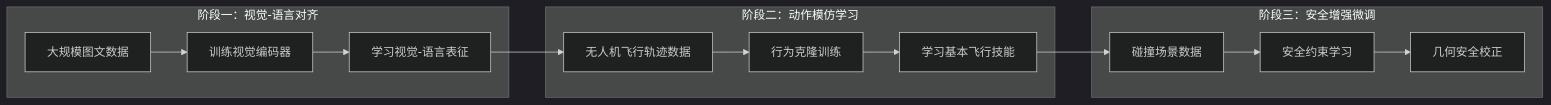
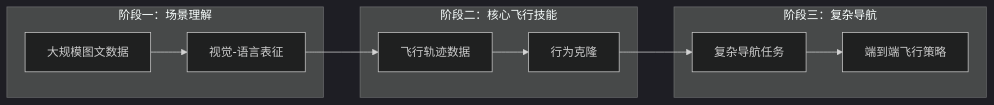
The first of 6 diagrams in docs/03-VLA专题/02-无人机VLA模型.md (Qxy661/UAV-WM-VLA-Learning), drawn with Mermaid (dark theme) before and after one commit. The commit also changed other lines of this file and 53 other files, not shown here.

````diff
--- a/docs/03-VLA专题/02-无人机VLA模型.md
+++ b/docs/03-VLA专题/02-无人机VLA模型.md
@@ -42,20 +42,17 @@
 ```mermaid
 graph LR
-    subgraph "阶段一：视觉-语言对齐"
-        A1["大规模图文数据"] --> A2["训练视觉编码器"]
-        A2 --> A3["学习视觉-语言表征"]
+    subgraph "阶段一：场景理解"
+        A1["大规模图文数据"] --> A2["视觉-语言表征"]
     end
-    
-    subgraph "阶段二：动作模仿学习"
-        B1["无人机飞行轨迹数据"] --> B2["行为克隆训练"]
-        B2 --> B3["学习基本飞行技能"]
+
+    subgraph "阶段二：核心飞行技能"
+        B1["飞行轨迹数据"] --> B2["行为克隆"]
     end
-    
-    subgraph "阶段三：安全增强微调"
-        C1["碰撞场景数据"] --> C2["安全约束学习"]
-        C2 --> C3["几何安全校正"]
+
+    subgraph "阶段三：复杂导航"
+        C1["复杂导航任务"] --> C2["端到端飞行策略"]
     end
-    
-    A3 --> B1
-    B3 --> C1
+
+    A2 --> B1
+    B2 --> C1
 ```
````
